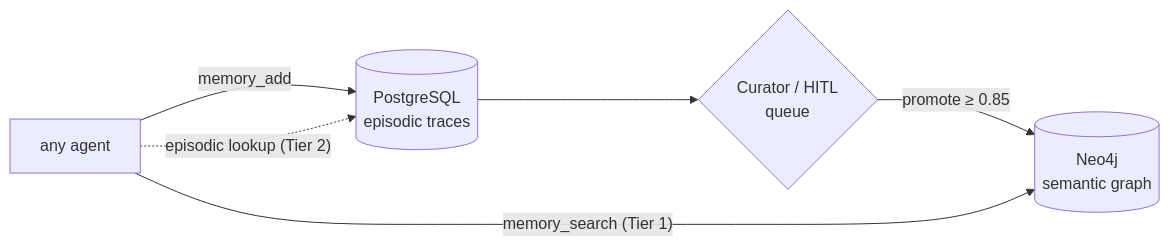
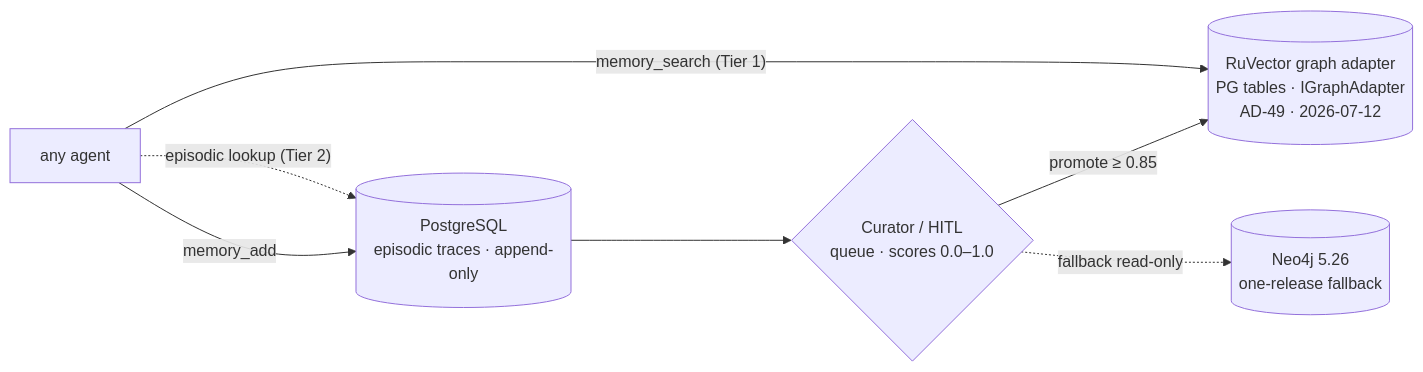
Before and after one commit to Allura-Ecosystem/Allura-ecosystem: the third of 5 diagrams in docs/ARCHITECTURE.md, drawn with Mermaid. The commit also changed other lines of this file and 101 other files, not shown here.

````diff
--- a/docs/ARCHITECTURE.md
+++ b/docs/ARCHITECTURE.md
@@ -80,8 +113,9 @@
 ```mermaid
 flowchart LR
-  A["any agent"] -->|memory_add| PG[("PostgreSQL<br/>episodic traces")]
-  PG --> Q{"Curator / HITL<br/>queue"}
-  Q -->|"promote ≥ 0.85"| NEO[("Neo4j<br/>semantic graph")]
-  A -->|"memory_search (Tier 1)"| NEO
+  A["any agent"] -->|memory_add| PG[("PostgreSQL<br/>episodic traces · append-only")]
+  PG --> Q{"Curator / HITL<br/>queue · scores 0.0–1.0"}
+  Q -->|"promote ≥ 0.85"| SEM[("RuVector graph adapter<br/>PG tables · IGraphAdapter<br/>AD-49 · 2026-07-12")]
+  Q -.->|"fallback read-only"| NEO[("Neo4j 5.26<br/>one-release fallback")]
+  A -->|"memory_search (Tier 1)"| SEM
   A -.->|"episodic lookup (Tier 2)"| PG
 ```
````
